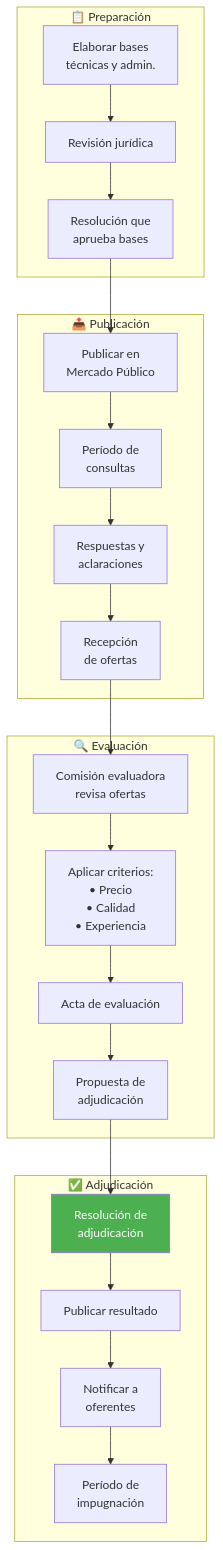
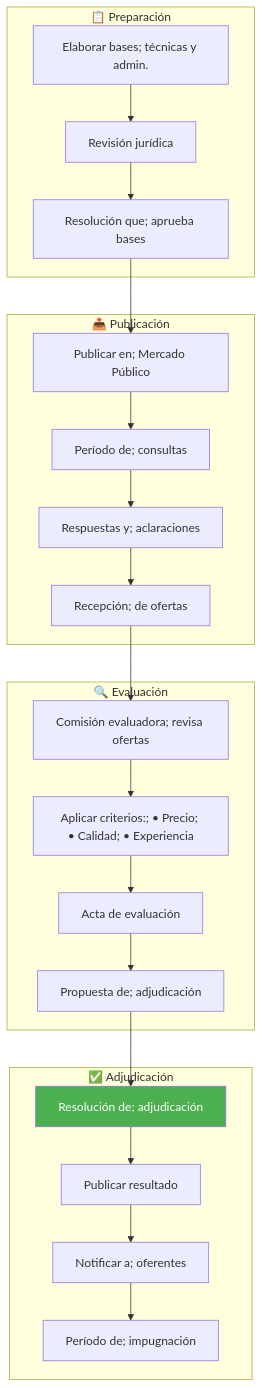
The third of 6 diagrams in drafts/gn/bpmn/bpmn-d04-compras-contrataciones.md (felix-antonio-sl/kora), drawn with Mermaid before and after one commit. The commit also changed other lines of this file and 265 other files, not shown here.

````diff
--- a/drafts/gn/bpmn/bpmn-d04-compras-contrataciones.md
+++ b/drafts/gn/bpmn/bpmn-d04-compras-contrataciones.md
@@ -119,28 +126,33 @@
 ```mermaid
 flowchart TD
-    subgraph PREPARACION["📋 Preparación"]
-        A["Elaborar bases<br/>técnicas y admin."]
-        B["Revisión jurídica"]
-        C["Resolución que<br/>aprueba bases"]
-    end
-    subgraph PUBLICACION["📤 Publicación"]
-        D["Publicar en<br/>Mercado Público"]
-        E["Período de<br/>consultas"]
-        F["Respuestas y<br/>aclaraciones"]
-        G["Recepción<br/>de ofertas"]
-    end
-    subgraph EVALUACION["🔍 Evaluación"]
-        H["Comisión evaluadora<br/>revisa ofertas"]
-        I["Aplicar criterios:<br/>• Precio<br/>• Calidad<br/>• Experiencia"]
-        J["Acta de evaluación"]
-        K["Propuesta de<br/>adjudicación"]
-    end
-    subgraph ADJUDICACION["✅ Adjudicación"]
-        L["Resolución de<br/>adjudicación"]
-        M["Publicar resultado"]
-        N["Notificar a<br/>oferentes"]
-        O["Período de<br/>impugnación"]
-    end
-    A --> B --> C --> D --> E --> F --> G --> H --> I --> J --> K --> L --> M --> N --> O
-    style L fill:#4CAF50,color:#fff
+ subgraph PREPARACION["📋 Preparación"]
+ A["Elaborar bases; técnicas y admin."]
+ B["Revisión jurídica"]
+ C["Resolución que; aprueba bases"]
+ end
+
+ subgraph PUBLICACION["📤 Publicación"]
+ D["Publicar en; Mercado Público"]
+ E["Período de; consultas"]
+ F["Respuestas y; aclaraciones"]
+ G["Recepción; de ofertas"]
+ end
+
+ subgraph EVALUACION["🔍 Evaluación"]
+ H["Comisión evaluadora; revisa ofertas"]
+ I["Aplicar criterios:; • Precio; • Calidad; • Experiencia"]
+ J["Acta de evaluación"]
+ K["Propuesta de; adjudicación"]
+ end
+
+ subgraph ADJUDICACION["✅ Adjudicación"]
+ L["Resolución de; adjudicación"]
+ M["Publicar resultado"]
+ N["Notificar a; oferentes"]
+ O["Período de; impugnación"]
+ end
+
+ A --> B --> C --> D --> E --> F --> G --> H --> I --> J --> K --> L --> M --> N --> O
+
+ style L fill:#4CAF50,color:#fff
 ```
````
